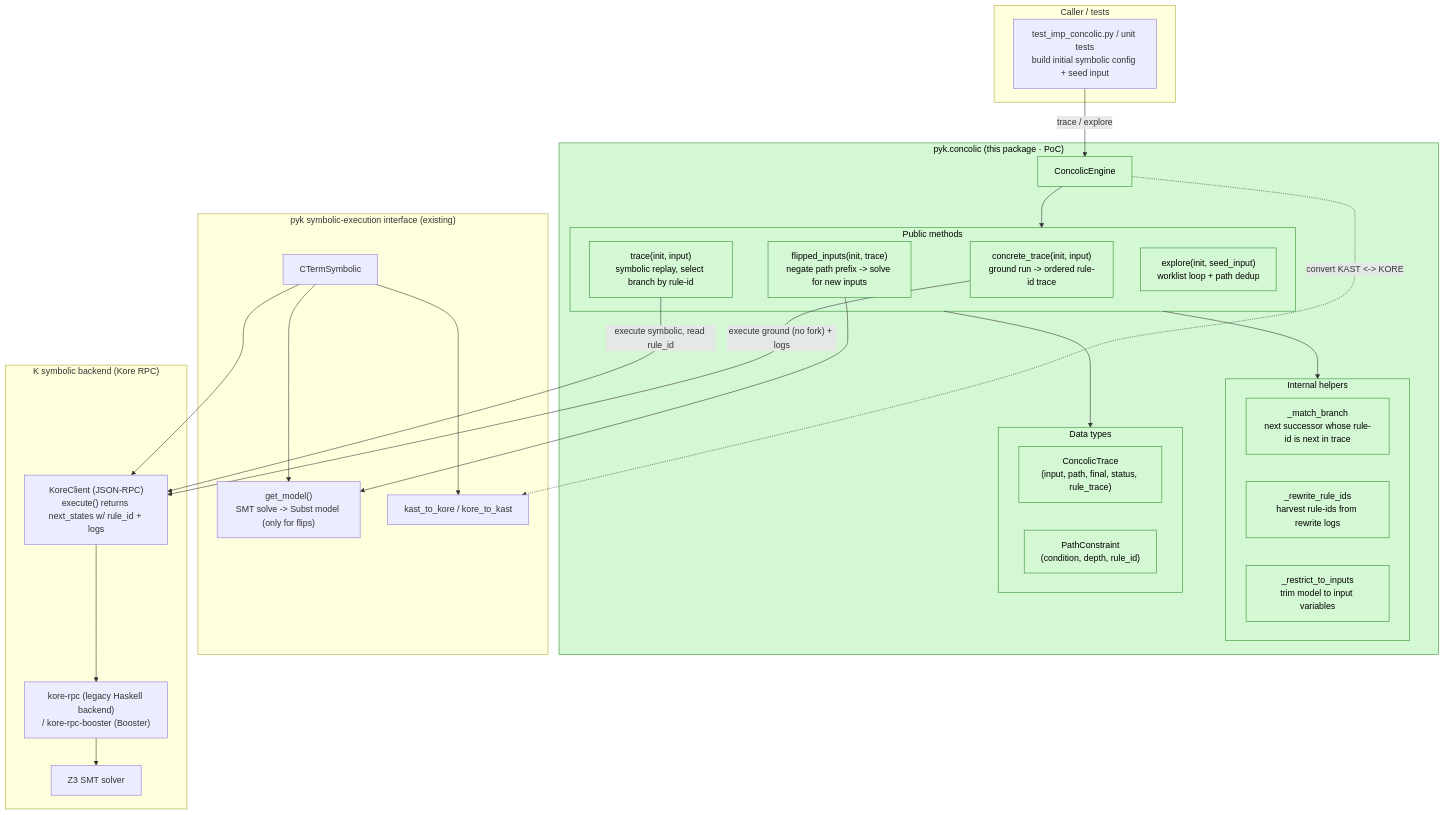
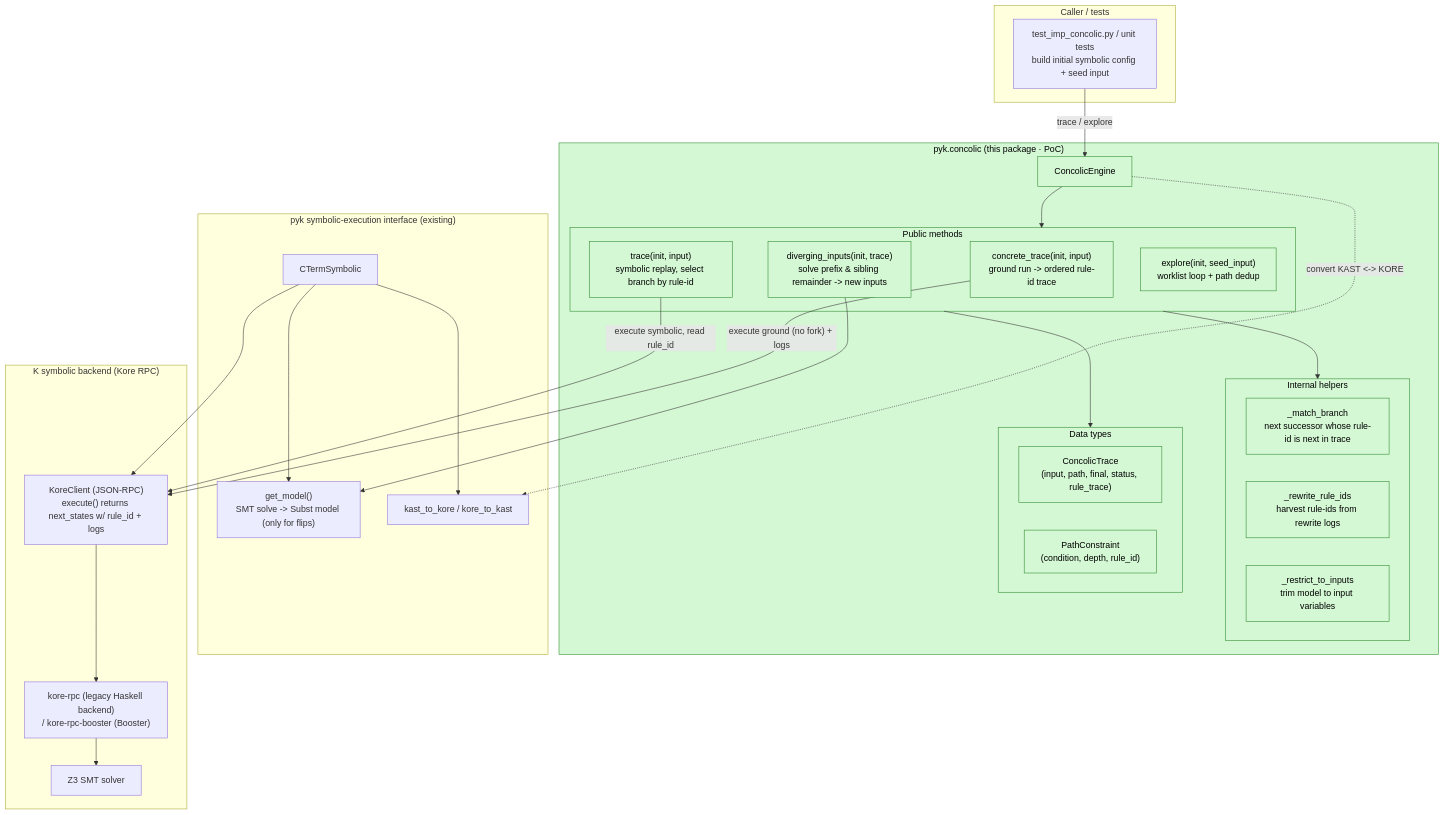
Before and after one commit to Stevengre/k: the first of 2 diagrams in pyk/src/pyk/concolic/README.md, drawn with Mermaid. The commit also changed other lines of this file and 4 other files, not shown here.

````diff
--- a/pyk/src/pyk/concolic/README.md
+++ b/pyk/src/pyk/concolic/README.md
@@ -60,52 +64,52 @@
 ```mermaid
 flowchart TB
     subgraph User["Caller / tests"]
         T["test_imp_concolic.py / unit tests<br/>build initial symbolic config + seed input"]
     end
 
     subgraph Concolic["pyk.concolic (this package · PoC)"]
         E["ConcolicEngine"]
         subgraph API["Public methods"]
             M0["concrete_trace(init, input)<br/>ground run -> ordered rule-id trace"]
             M1["trace(init, input)<br/>symbolic replay, select branch by rule-id"]
-            M2["flipped_inputs(init, trace)<br/>negate path prefix -> solve for new inputs"]
+            M2["diverging_inputs(init, trace)<br/>solve prefix & sibling remainder -> new inputs"]
             M3["explore(init, seed_input)<br/>worklist loop + path dedup"]
         end
         subgraph Helpers["Internal helpers"]
             H1["_match_branch<br/>next successor whose rule-id is next in trace"]
             H2["_rewrite_rule_ids<br/>harvest rule-ids from rewrite logs"]
             H3["_restrict_to_inputs<br/>trim model to input variables"]
         end
         subgraph Data["Data types"]
             D1["ConcolicTrace<br/>(input, path, final, status, rule_trace)"]
             D2["PathConstraint<br/>(condition, depth, rule_id)"]
         end
         E --> API
         API --> Helpers
         API --> Data
     end
 
     subgraph Pyk["pyk symbolic-execution interface (existing)"]
         CS["CTermSymbolic"]
         CS3["get_model()<br/>SMT solve -> Subst model (only for flips)"]
         CONV["kast_to_kore / kore_to_kast"]
         CS --> CS3 & CONV
     end
 
     subgraph Backend["K symbolic backend (Kore RPC)"]
         KC["KoreClient (JSON-RPC)<br/>execute() returns next_states w/ rule_id + logs"]
         SRV["kore-rpc (legacy Haskell backend)<br/>/ kore-rpc-booster (Booster)"]
         Z3["Z3 SMT solver"]
         KC --> SRV --> Z3
     end
 
     T -->|"trace / explore"| E
     M0 -->|"execute ground (no fork) + logs"| KC
     M1 -->|"execute symbolic, read rule_id"| KC
     M2 --> CS3
     E -.->|convert KAST <-> KORE| CONV
     CS --> KC
 
     classDef new fill:#d4f7d4,stroke:#2a8a2a,color:#000;
     class Concolic,E,API,Helpers,Data,M0,M1,M2,M3,H1,H2,H3,D1,D2 new;
 ```
````
